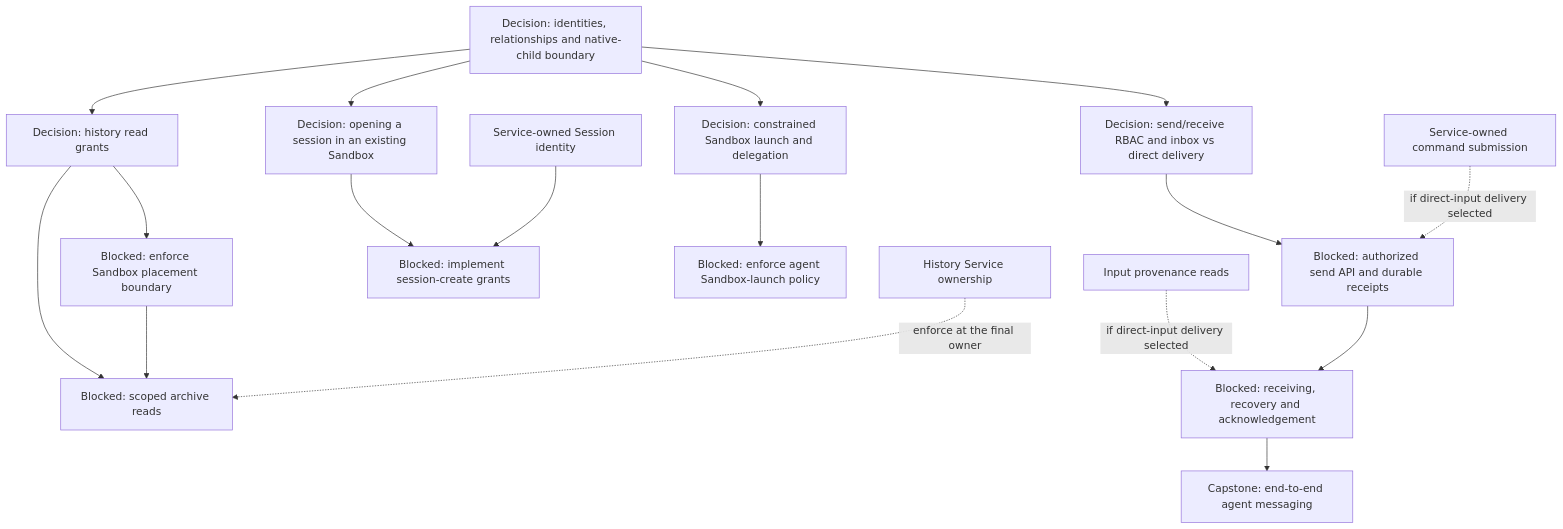
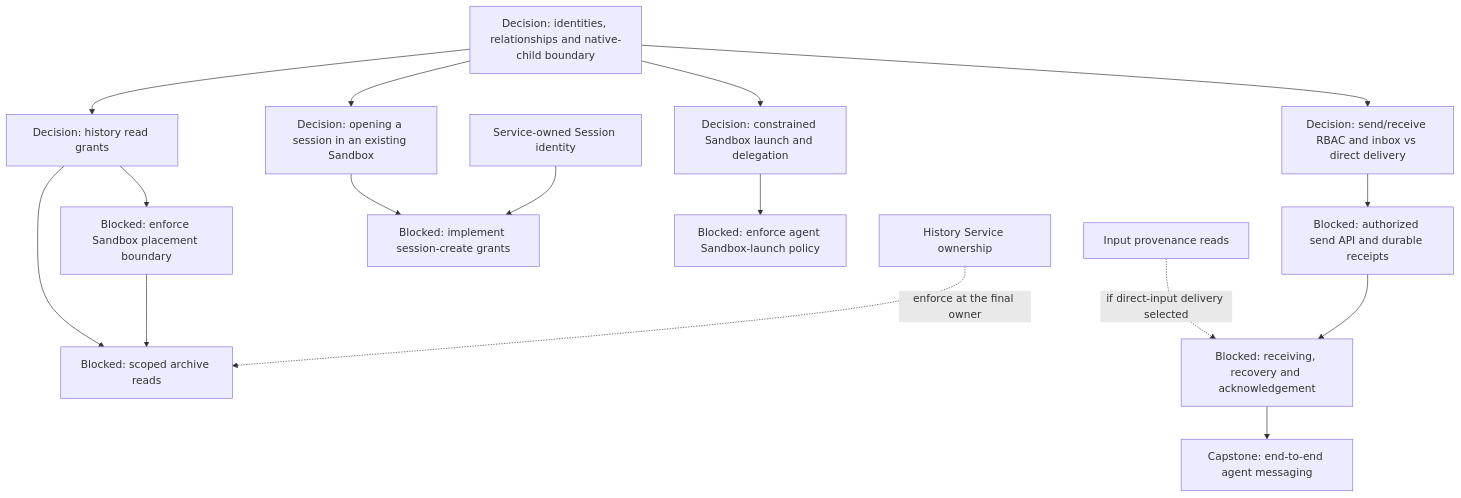
The fifth of 9 diagrams in agentplane/plans/task_dag.md (agentydragon-agent/ducktape), drawn with Mermaid before and after one commit. The commit also changed other lines of this file and 43 other files, not shown here.

````diff
--- a/agentplane/plans/task_dag.md
+++ b/agentplane/plans/task_dag.md
@@ -280,31 +247,30 @@
 ```mermaid
 flowchart TD
     MULTIAGENT_MODEL[Decision: identities, relationships and native-child boundary]
     THREAD_READ_POLICY_DESIGN[Decision: history read grants]
     SANDBOX_COMPARTMENT_BOUNDARY[Blocked: enforce Sandbox placement boundary]
     THREAD_READ_POLICY[Blocked: scoped archive reads]
     AGENT_MESSAGING_DESIGN[Decision: send/receive RBAC and inbox vs direct delivery]
     AGENT_MESSAGE_INGRESS[Blocked: authorized send API and durable receipts]
     AGENT_MESSAGE_RECEPTION[Blocked: receiving, recovery and acknowledgement]
     AGENT_MESSAGING[Capstone: end-to-end agent messaging]
     THREAD_CREATE_POLICY[Decision: opening a session in an existing Sandbox]
     THREAD_CREATE_AUTHORIZATION[Blocked: implement session-create grants]
     AGENT_LAUNCH_POLICY_DESIGN[Decision: constrained Sandbox launch and delegation]
     AGENT_SANDBOX_LAUNCH[Blocked: enforce agent Sandbox-launch policy]
     MULTIAGENT_MODEL --> THREAD_READ_POLICY_DESIGN
     MULTIAGENT_MODEL --> AGENT_MESSAGING_DESIGN
     MULTIAGENT_MODEL --> THREAD_CREATE_POLICY
     MULTIAGENT_MODEL --> AGENT_LAUNCH_POLICY_DESIGN
     THREAD_READ_POLICY_DESIGN --> SANDBOX_COMPARTMENT_BOUNDARY
     THREAD_READ_POLICY_DESIGN --> THREAD_READ_POLICY
     SANDBOX_COMPARTMENT_BOUNDARY --> THREAD_READ_POLICY
     HISTORY_SERVICE_OWNERSHIP[History Service ownership] -. enforce at the final owner .-> THREAD_READ_POLICY
     AGENT_MESSAGING_DESIGN --> AGENT_MESSAGE_INGRESS
-    SESSION_COMMAND_SUBMISSION[Service-owned command submission] -. if direct-input delivery selected .-> AGENT_MESSAGE_INGRESS
     SESSION_INPUT_METADATA_READ[Input provenance reads] -. if direct-input delivery selected .-> AGENT_MESSAGE_RECEPTION
     AGENT_MESSAGE_INGRESS --> AGENT_MESSAGE_RECEPTION
     AGENT_MESSAGE_RECEPTION --> AGENT_MESSAGING
     THREAD_CREATE_POLICY --> THREAD_CREATE_AUTHORIZATION
     THREAD_IDENTITY_NEW[Service-owned Session identity] --> THREAD_CREATE_AUTHORIZATION
     AGENT_LAUNCH_POLICY_DESIGN --> AGENT_SANDBOX_LAUNCH
 ```
````
